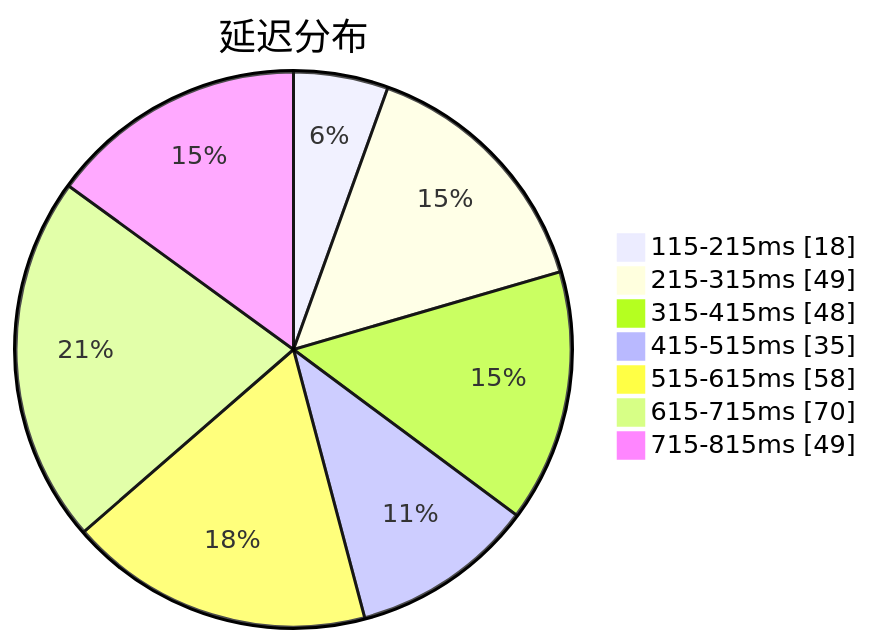
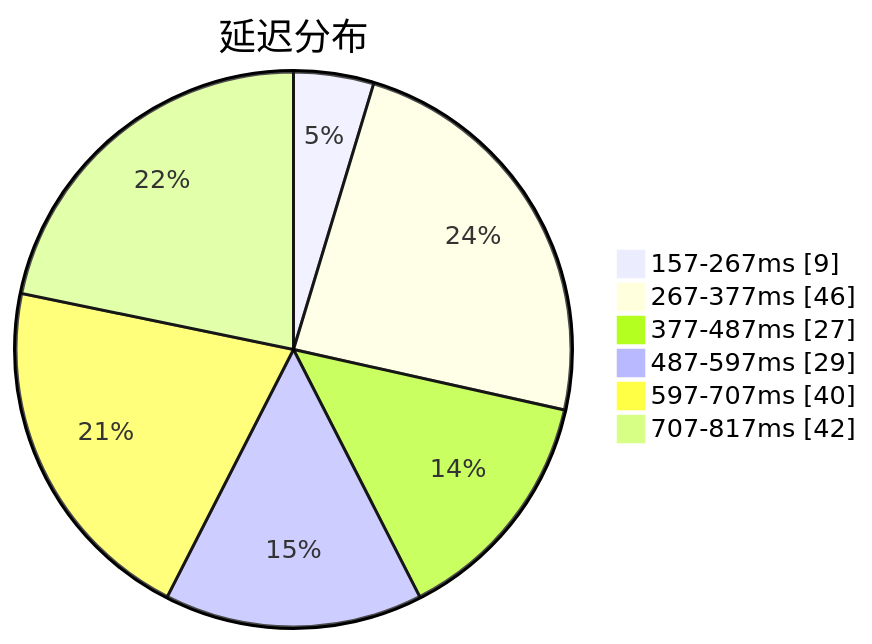
One commit to sinspired/airport changed the first of 3 diagrams in subs/statistics/tested_within.md. Above: the diagram before and after it, drawn with Mermaid. The commit also changed other lines of this file and 2 other files, not shown here.

````diff
--- a/subs/statistics/tested_within.md
+++ b/subs/statistics/tested_within.md
@@ -2,11 +2,10 @@
 ```mermaid
 pie showData
 title 延迟分布
-"115-215ms" : 18
-"215-315ms" : 49
-"315-415ms" : 48
-"415-515ms" : 35
-"515-615ms" : 58
-"615-715ms" : 70
-"715-815ms" : 49
+"157-267ms" : 9
+"267-377ms" : 46
+"377-487ms" : 27
+"487-597ms" : 29
+"597-707ms" : 40
+"707-817ms" : 42
 ```
````
